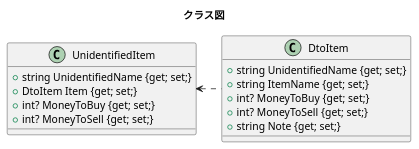
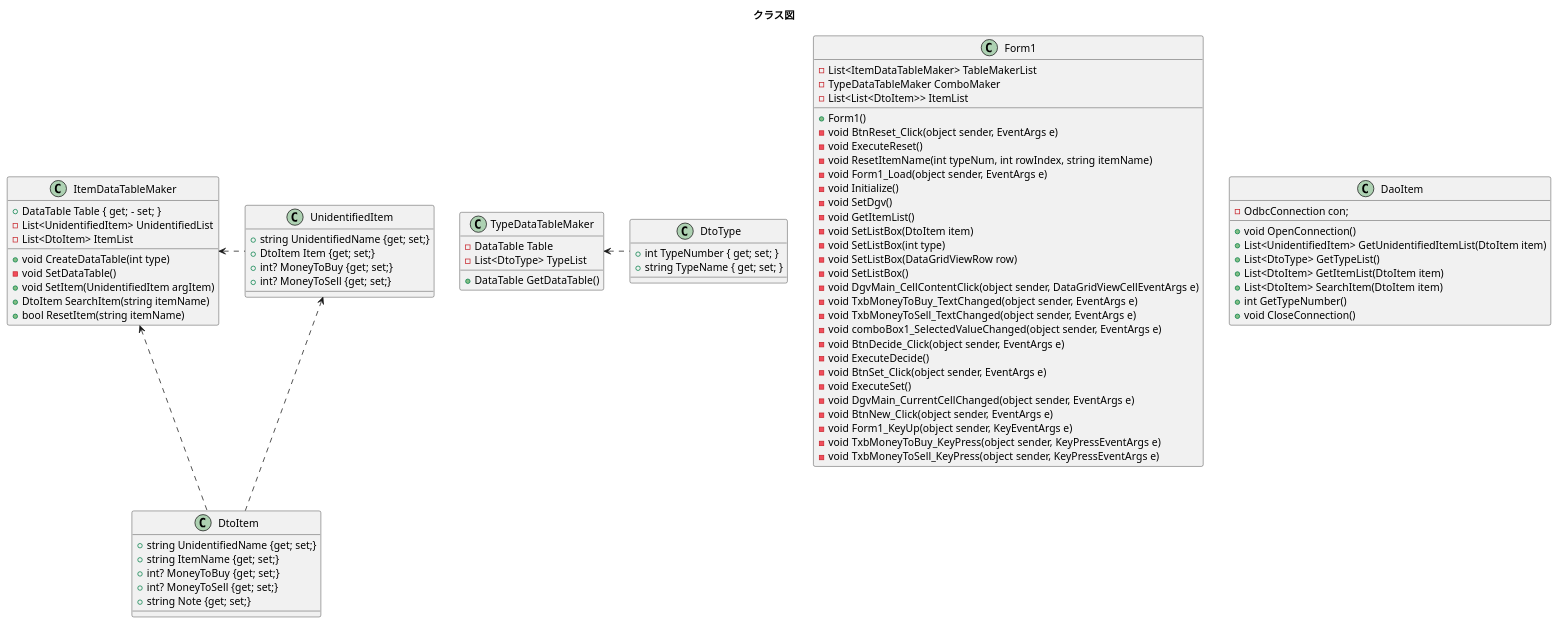
Before and after one commit to mitleidstein/TorunekoTool: the diagram in TorunekoTool/uml/class.puml, drawn with PlantUML.

Commit message:
update:クラス図を修正

```diff
--- a/TorunekoTool/uml/class.puml
+++ b/TorunekoTool/uml/class.puml
@@ -1,21 +1,90 @@
 @startuml {Fig4.1.png}
 title クラス図
+
+
+class Form1 {
+    - List<ItemDataTableMaker> TableMakerList
+    - TypeDataTableMaker ComboMaker
+    - List<List<DtoItem>> ItemList
+
+    + Form1()
+    - void BtnReset_Click(object sender, EventArgs e)
+    - void ExecuteReset()
+    - void ResetItemName(int typeNum, int rowIndex, string itemName)
+    - void Form1_Load(object sender, EventArgs e)
+    - void Initialize()
+    - void SetDgv()
+    - void GetItemList()
+    - void SetListBox(DtoItem item)
+    - void SetListBox(int type)
+    - void SetListBox(DataGridViewRow row)
+    - void SetListBox()
+    - void DgvMain_CellContentClick(object sender, DataGridViewCellEventArgs e)
+    - void TxbMoneyToBuy_TextChanged(object sender, EventArgs e)
+    - void TxbMoneyToSell_TextChanged(object sender, EventArgs e)
+    - void comboBox1_SelectedValueChanged(object sender, EventArgs e)
+    - void BtnDecide_Click(object sender, EventArgs e)
+    - void ExecuteDecide()
+    - void BtnSet_Click(object sender, EventArgs e)
+    - void ExecuteSet()
+    - void DgvMain_CurrentCellChanged(object sender, EventArgs e)
+    - void BtnNew_Click(object sender, EventArgs e)
+    - void Form1_KeyUp(object sender, KeyEventArgs e)
+    - void TxbMoneyToBuy_KeyPress(object sender, KeyPressEventArgs e)
+    - void TxbMoneyToSell_KeyPress(object sender, KeyPressEventArgs e)
+}
+
+class ItemDataTableMaker {
+    + DataTable Table { get; - set; }
+    - List<UnidentifiedItem> UnidentifiedList
+    - List<DtoItem> ItemList
+    + void CreateDataTable(int type)
+    - void SetDataTable()
+    + void SetItem(UnidentifiedItem argItem)
+    + DtoItem SearchItem(string itemName)
+    + bool ResetItem(string itemName)
+}
+
+class TypeDataTableMaker {
+    - DataTable Table
+    - List<DtoType> TypeList
+    + DataTable GetDataTable()
+}
+
+class DaoItem {
+    - OdbcConnection con;
+    + void OpenConnection()
+    + List<UnidentifiedItem> GetUnidentifiedItemList(DtoItem item)
+    + List<DtoType> GetTypeList()
+    + List<DtoItem> GetItemList(DtoItem item)
+    + List<DtoItem> SearchItem(DtoItem item)
+    + int GetTypeNumber()
+    + void CloseConnection()
+}
 
 class UnidentifiedItem {
     + string UnidentifiedName {get; set;}
     + DtoItem Item {get; set;}
     + int? MoneyToBuy {get; set;}
     + int? MoneyToSell {get; set;}
 }
 
 class DtoItem {
     + string UnidentifiedName {get; set;}
     + string ItemName {get; set;}
     + int? MoneyToBuy {get; set;}
     + int? MoneyToSell {get; set;}
     + string Note {get; set;}
 }
 
-DtoItem .left.> UnidentifiedItem
+class DtoType {
+    + int TypeNumber { get; set; }
+    + string TypeName { get; set; }
+}
 
+DtoItem .up.> UnidentifiedItem
+ItemDataTableMaker <.right. DtoItem
+ItemDataTableMaker <.right. UnidentifiedItem
+
+TypeDataTableMaker <.right. DtoType
 @enduml
```
